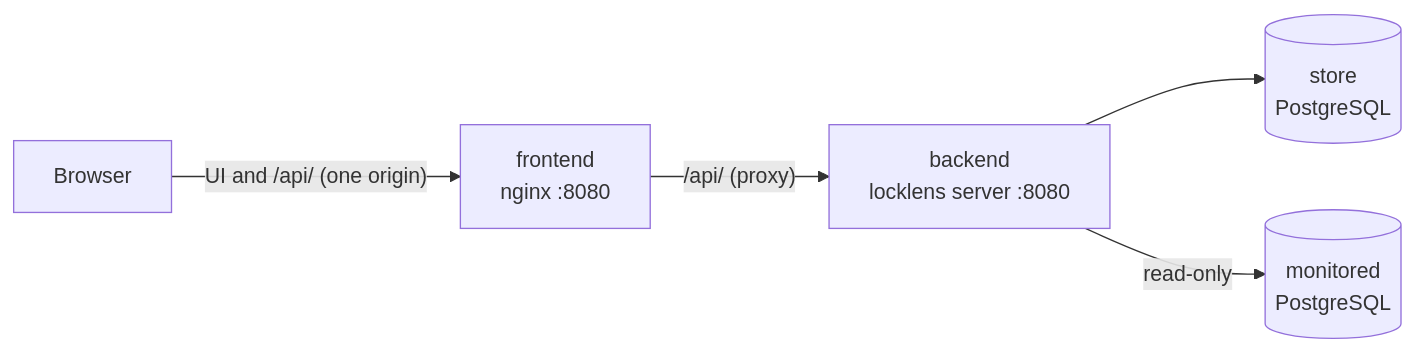
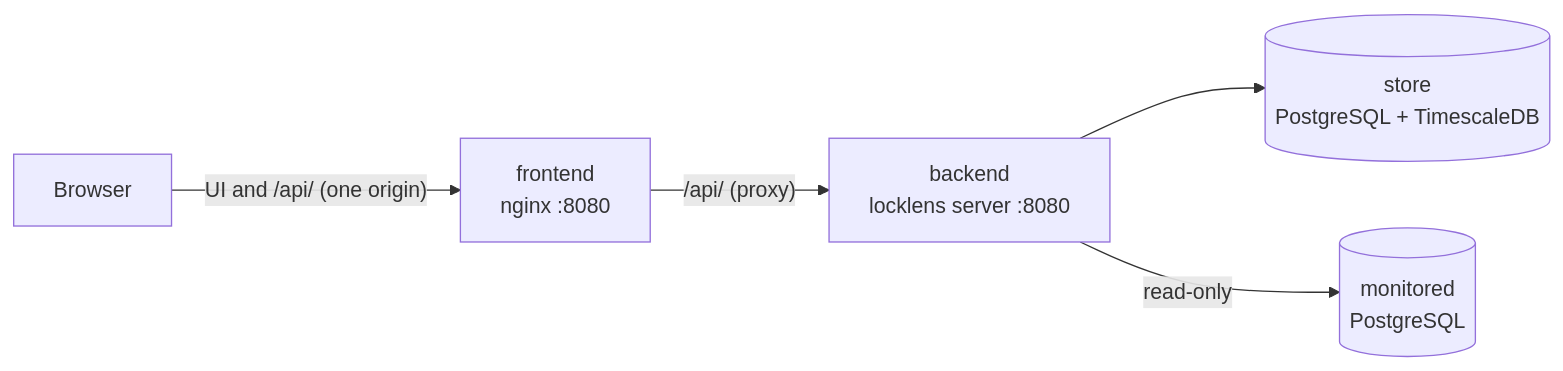
The diagram in docs/deployment.md (Huy-8bit/locklens), drawn with Mermaid before and after one commit. The commit also changed other lines of this file and 59 other files, not shown here.

````diff
--- a/docs/deployment.md
+++ b/docs/deployment.md
@@ -11,7 +11,7 @@
 ```mermaid
 flowchart LR
     B[Browser] -- "UI and /api/ (one origin)" --> F[frontend<br/>nginx :8080]
     F -- "/api/ (proxy)" --> A[backend<br/>locklens server :8080]
-    A --> S[(store<br/>PostgreSQL)]
+    A --> S[(store<br/>PostgreSQL + TimescaleDB)]
     A -- "read-only" --> T[(monitored<br/>PostgreSQL)]
 ```
````
